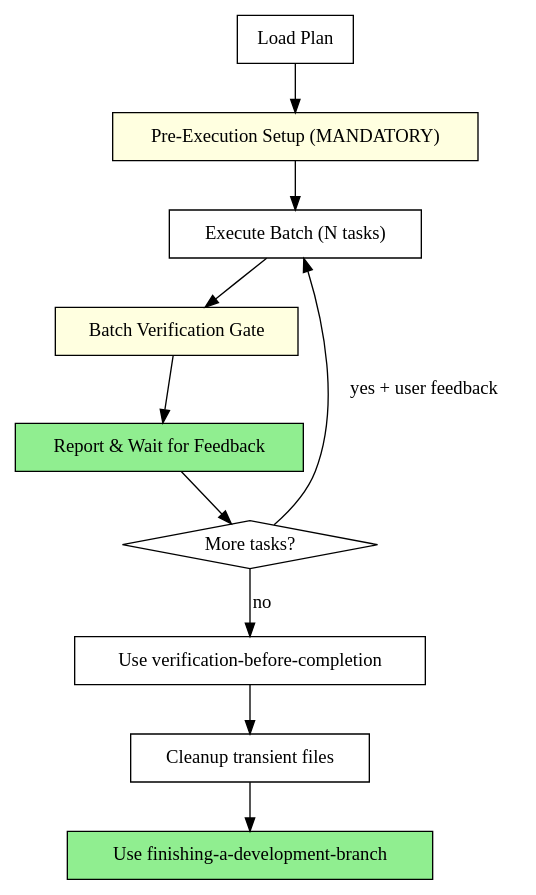
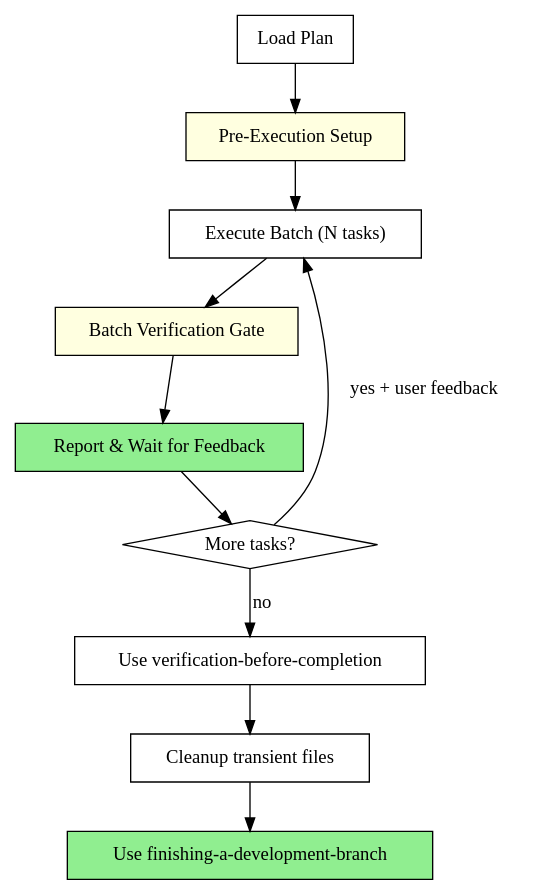
One commit to obra/superpowers changed the diagram in skills/batch-development/SKILL.md. Above: the diagram before and after it, drawn with Graphviz. The commit also changed other lines of this file, not shown here.

First line of the commit message:
refactor(batch-development): apply improvement patterns

````diff
--- a/skills/batch-development/SKILL.md
+++ b/skills/batch-development/SKILL.md
@@ -26,25 +34,25 @@
 ```dot
 digraph process {
     rankdir=TB;
 
     "Load Plan" [shape=box];
-    "Pre-Execution Setup (MANDATORY)" [shape=box style=filled fillcolor=lightyellow];
+    "Pre-Execution Setup" [shape=box style=filled fillcolor=lightyellow];
     "Execute Batch (N tasks)" [shape=box];
     "Batch Verification Gate" [shape=box style=filled fillcolor=lightyellow];
     "Report & Wait for Feedback" [shape=box style=filled fillcolor=lightgreen];
     "More tasks?" [shape=diamond];
     "Use verification-before-completion" [shape=box];
     "Cleanup transient files" [shape=box];
     "Use finishing-a-development-branch" [shape=box style=filled fillcolor=lightgreen];
 
-    "Load Plan" -> "Pre-Execution Setup (MANDATORY)";
-    "Pre-Execution Setup (MANDATORY)" -> "Execute Batch (N tasks)";
+    "Load Plan" -> "Pre-Execution Setup";
+    "Pre-Execution Setup" -> "Execute Batch (N tasks)";
     "Execute Batch (N tasks)" -> "Batch Verification Gate";
     "Batch Verification Gate" -> "Report & Wait for Feedback";
     "Report & Wait for Feedback" -> "More tasks?";
     "More tasks?" -> "Execute Batch (N tasks)" [label="yes + user feedback"];
     "More tasks?" -> "Use verification-before-completion" [label="no"];
     "Use verification-before-completion" -> "Cleanup transient files";
     "Cleanup transient files" -> "Use finishing-a-development-branch";
 }
 ```
````
